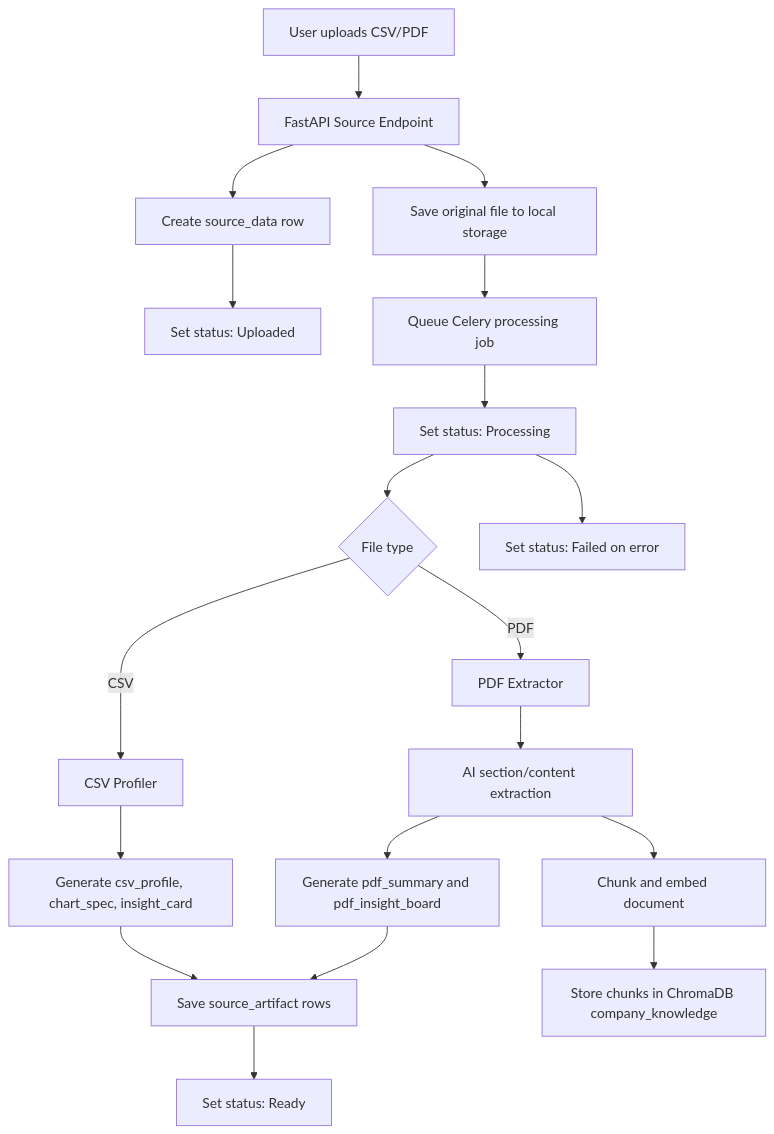
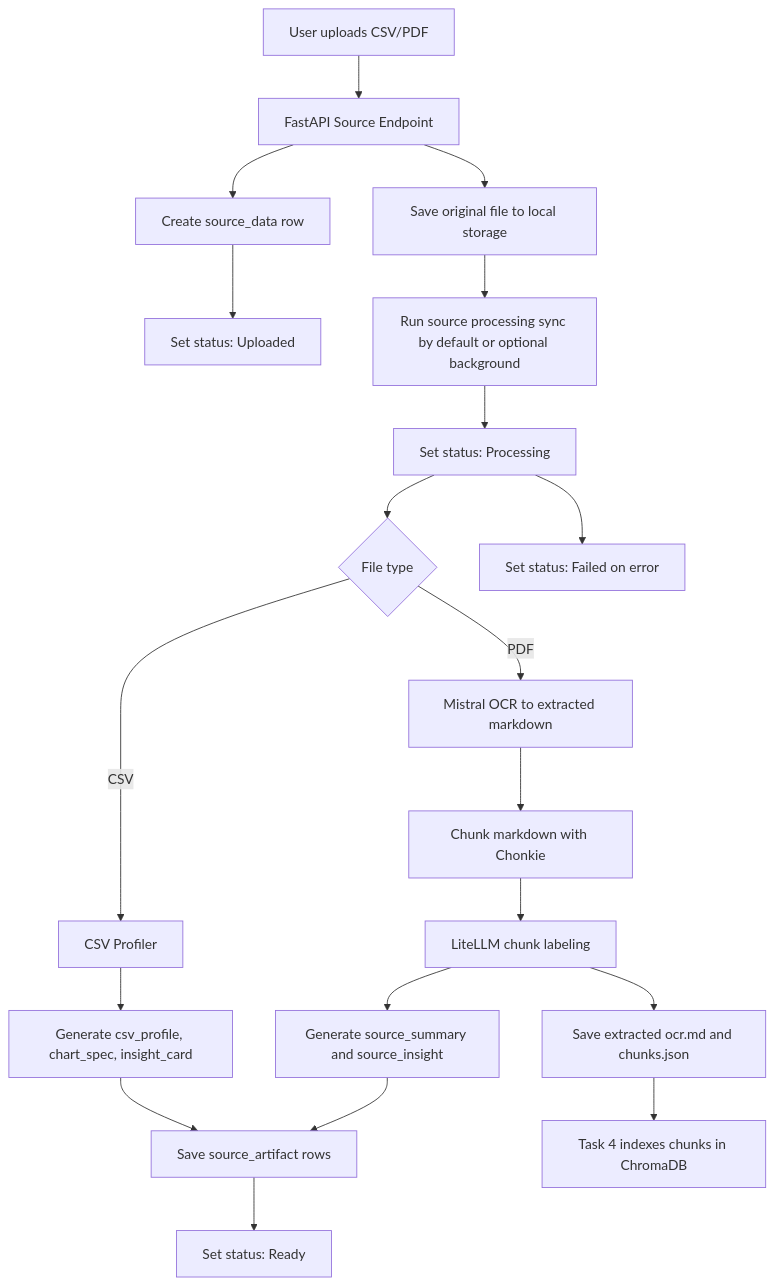
One commit to kodvel/final-project changed the first of 4 diagrams in docs/prd.md. Above: the diagram before and after it, drawn with Mermaid. The commit also changed other lines of this file and 19 other files, not shown here.

First line of the commit message:
feat: implement Document Insight feature for PDF processing

````diff
--- a/docs/prd.md
+++ b/docs/prd.md
@@ -447,21 +452,22 @@
 ```mermaid
 flowchart TD
   A[User uploads CSV/PDF] --> B[FastAPI Source Endpoint]
   B --> C[Create source_data row]
   B --> D[Save original file to local storage]
   C --> E[Set status: Uploaded]
-  D --> F[Queue Celery processing job]
+  D --> F[Run source processing sync by default or optional background]
   F --> G[Set status: Processing]
   G --> H{File type}
   H -->|CSV| I[CSV Profiler]
   I --> J[Generate csv_profile, chart_spec, insight_card]
   J --> K[Save source_artifact rows]
-  H -->|PDF| L[PDF Extractor]
-  L --> M[AI section/content extraction]
-  M --> N[Chunk and embed document]
-  N --> O[Store chunks in ChromaDB company_knowledge]
-  M --> P[Generate pdf_summary and pdf_insight_board]
+  H -->|PDF| L[Mistral OCR to extracted markdown]
+  L --> M[Chunk markdown with Chonkie]
+  M --> N[LiteLLM chunk labeling]
+  N --> O[Save extracted ocr.md and chunks.json]
+  N --> P[Generate source_summary and source_insight]
+  O --> S[Task 4 indexes chunks in ChromaDB]
   P --> K
   K --> Q[Set status: Ready]
   G --> R[Set status: Failed on error]
 ```
````
